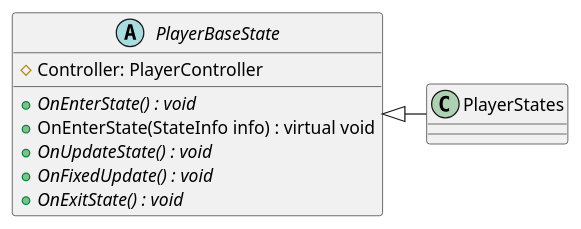
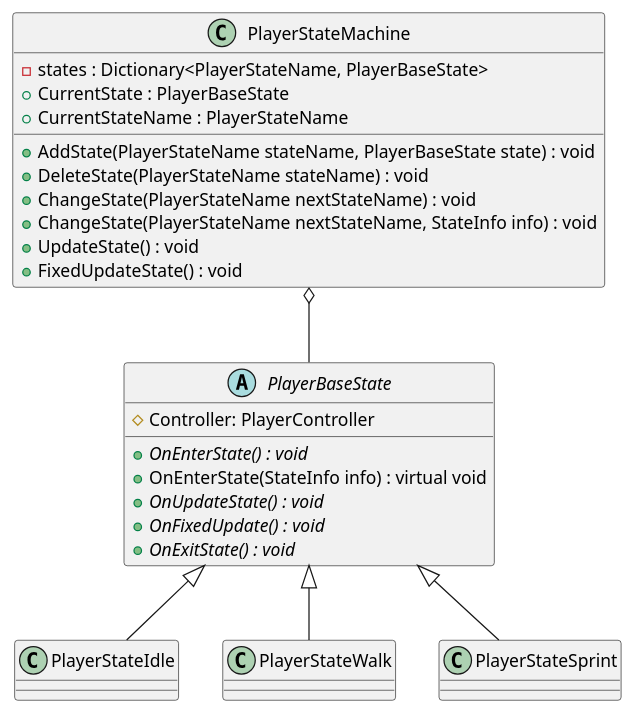
Before and after one commit to Jeongmin94/Ellie: the second of 2 diagrams in UML/Player/Player.puml, drawn with PlantUML. The commit also changed other lines of this file, not shown here.

Commit message:
feat: 플레이어 uml 작성중

```diff
--- a/UML/Player/Player.puml
+++ b/UML/Player/Player.puml
@@ -29,17 +19,32 @@
 @startuml
+class PlayerStateMachine{
+    - states : Dictionary<PlayerStateName, PlayerBaseState>
+    + CurrentState : PlayerBaseState
+    + CurrentStateName : PlayerStateName
+
+    + AddState(PlayerStateName stateName, PlayerBaseState state) : void
+    + DeleteState(PlayerStateName stateName) : void
+    + ChangeState(PlayerStateName nextStateName) : void
+    + ChangeState(PlayerStateName nextStateName, StateInfo info) : void
+    + UpdateState() : void
+    + FixedUpdateState() : void
+}
+
+PlayerStateMachine o-down- PlayerBaseState
 abstract class PlayerBaseState {
     # Controller: PlayerController
 
     + {abstract} OnEnterState() : void
     + OnEnterState(StateInfo info) : virtual void
     + {abstract} OnUpdateState() : void
     + {abstract} OnFixedUpdate() : void
     + {abstract} OnExitState() : void
 
 }
 
-class PlayerStates
+PlayerBaseState <|-down- PlayerStateIdle
+PlayerBaseState <|-down- PlayerStateWalk
+PlayerBaseState <|-down- PlayerStateSprint
 
-PlayerBaseState <|- PlayerStates
 
 @enduml
```
